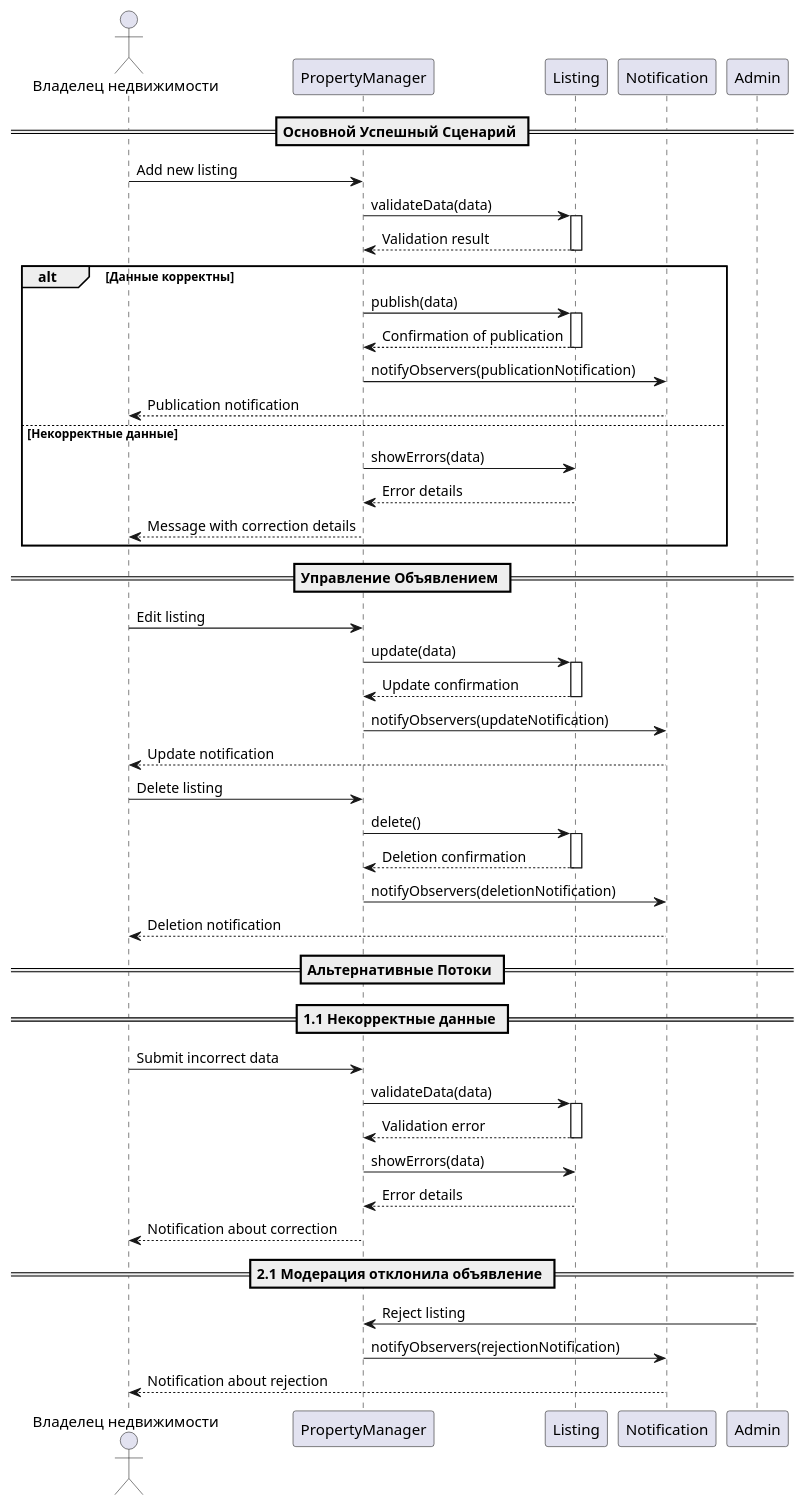
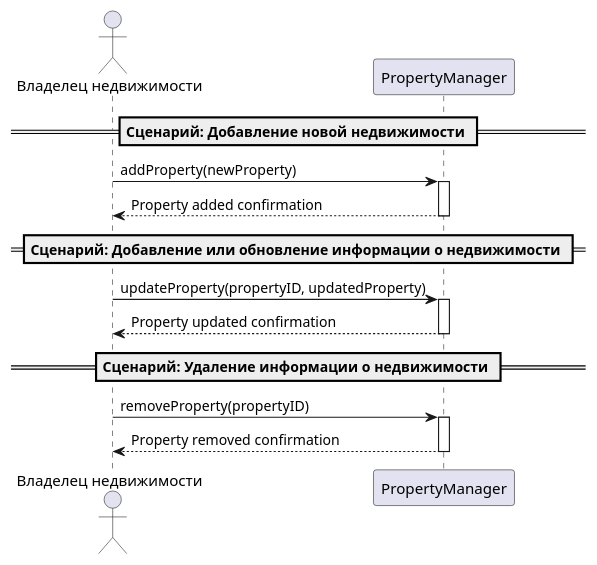
The diagram in precedents/HousingPublication/HousingPublicationSequenceDiagram.md (penamarth/bsbo-01-22_team4_var8), drawn with PlantUML before and after one commit. The commit also changed 8 other files, not shown here.

````diff
--- a/precedents/HousingPublication/HousingPublicationSequenceDiagram.md
+++ b/precedents/HousingPublication/HousingPublicationSequenceDiagram.md
@@ -2,70 +2,32 @@
 ```plantuml
 @startuml
 
 actor "Владелец недвижимости" as Owner
 participant "PropertyManager" as Manager
-participant "Listing" as Listing
-participant "Notification" as Notifier
 
-== Основной Успешный Сценарий ==
+== Сценарий: Добавление новой недвижимости ==
 
-Owner -> Manager : Add new listing
-Manager -> Listing : validateData(data)
-activate Listing
-Listing --> Manager : Validation result
-deactivate Listing
+Owner -> Manager : addProperty(newProperty)
+activate Manager
+Manager --> Owner : Property added confirmation
 
-alt Данные корректны
-    Manager -> Listing : publish(data)
-    activate Listing
-    Listing --> Manager : Confirmation of publication
-    deactivate Listing
+deactivate Manager
 
-    Manager -> Notifier : notifyObservers(publicationNotification)
-    Notifier --> Owner : Publication notification
-else Некорректные данные
-    Manager -> Listing : showErrors(data)
-    Listing --> Manager : Error details
-    Manager --> Owner : Message with correction details
-end
+== Сценарий: Добавление или обновление информации о недвижимости ==
 
-== Управление Объявлением ==
+Owner -> Manager : updateProperty(propertyID, updatedProperty)
+activate Manager
+Manager --> Owner : Property updated confirmation
 
-Owner -> Manager : Edit listing
-Manager -> Listing : update(data)
-activate Listing
-Listing --> Manager : Update confirmation
-deactivate Listing
+deactivate Manager
 
-Manager -> Notifier : notifyObservers(updateNotification)
-Notifier --> Owner : Update notification
+== Сценарий: Удаление информации о недвижимости ==
 
-Owner -> Manager : Delete listing
-Manager -> Listing : delete()
-activate Listing
-Listing --> Manager : Deletion confirmation
-deactivate Listing
+Owner -> Manager : removeProperty(propertyID)
+activate Manager
+Manager --> Owner : Property removed confirmation
 
-Manager -> Notifier : notifyObservers(deletionNotification)
-Notifier --> Owner : Deletion notification
-
-== Альтернативные Потоки ==
-
-== 1.1 Некорректные данные ==
-Owner -> Manager : Submit incorrect data
-Manager -> Listing : validateData(data)
-activate Listing
-Listing --> Manager : Validation error
-deactivate Listing
-
-Manager -> Listing : showErrors(data)
-Listing --> Manager : Error details
-Manager --> Owner : Notification about correction
-
-== 2.1 Модерация отклонила объявление ==
-Admin -> Manager : Reject listing
-Manager -> Notifier : notifyObservers(rejectionNotification)
-Notifier --> Owner : Notification about rejection
+deactivate Manager
 
 @enduml
 ```
````
